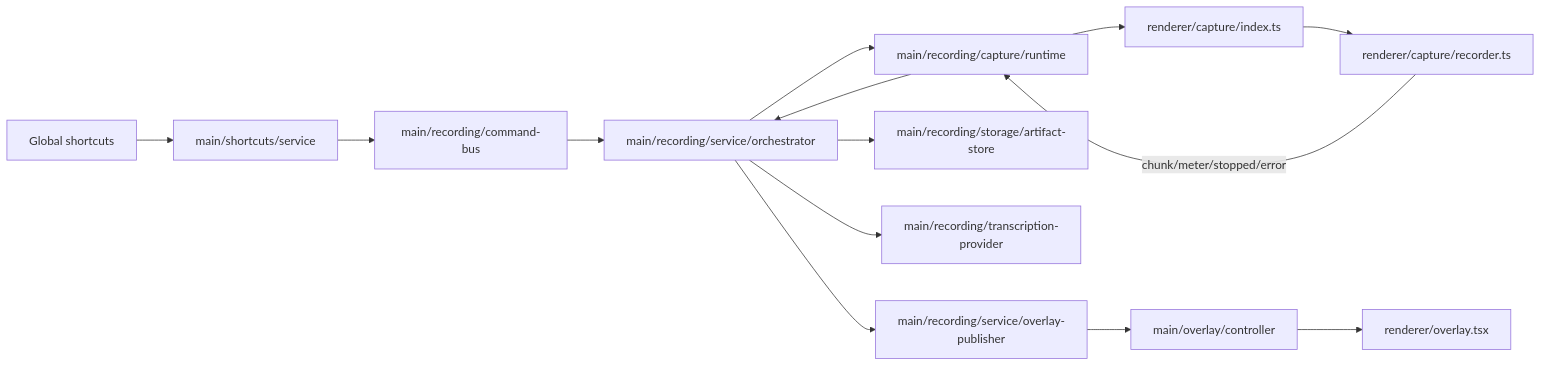
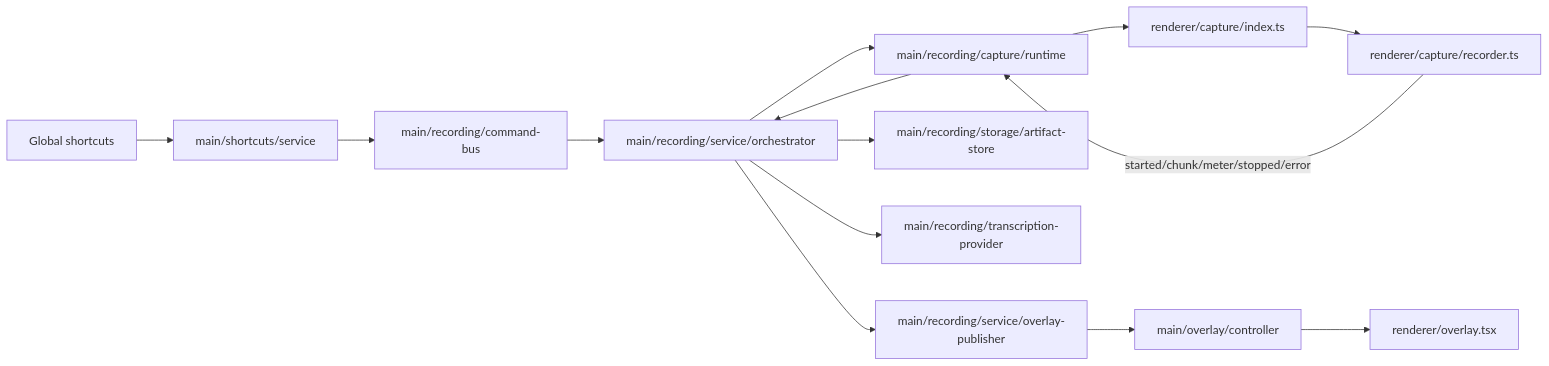
One commit to MateuszRomek/openvocaly changed the diagram in docs/recording/architecture.md. Above: the diagram before and after it, drawn with Mermaid. The commit also changed other lines of this file and 16 other files, not shown here.

````diff
--- a/docs/recording/architecture.md
+++ b/docs/recording/architecture.md
@@ -15,19 +15,19 @@
 ```mermaid
 flowchart LR
   A[Global shortcuts] --> B[main/shortcuts/service]
   B --> C[main/recording/command-bus]
   C --> D[main/recording/service/orchestrator]
 
   D --> E[main/recording/capture/runtime]
   E --> F[renderer/capture/index.ts]
   F --> G[renderer/capture/recorder.ts]
 
-  G -->|chunk/meter/stopped/error| E
+  G -->|started/chunk/meter/stopped/error| E
   E --> D
 
   D --> H[main/recording/storage/artifact-store]
   D --> I[main/recording/transcription-provider]
   D --> J[main/recording/service/overlay-publisher]
   J --> K[main/overlay/controller]
   K --> L[renderer/overlay.tsx]
 ```
````
